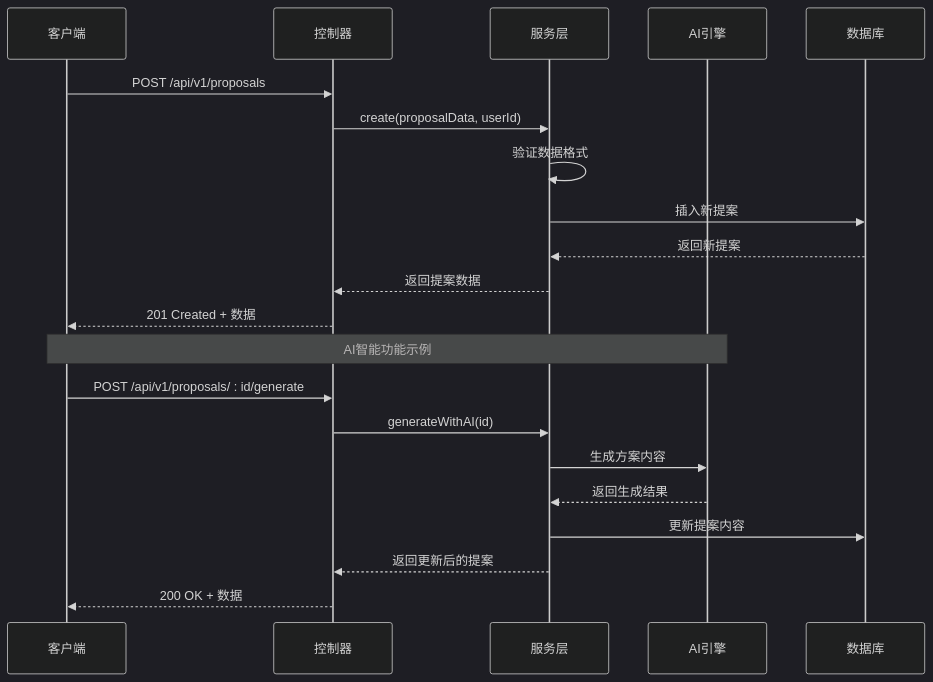
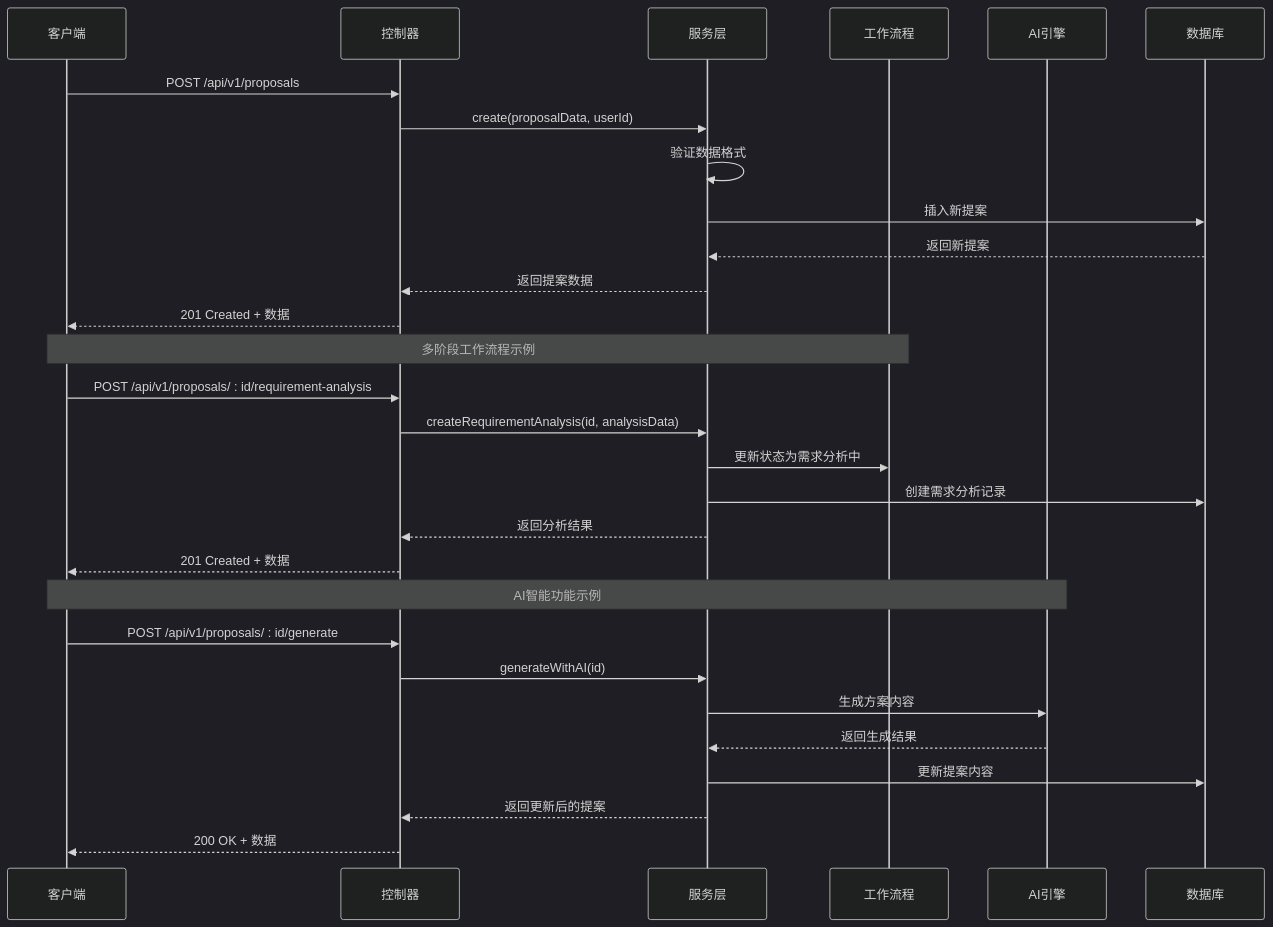
One commit to xianjianshenqu/SalesFlow-CRM changed the third of 16 diagrams in .qoder/repowiki/zh/content/Proposal Controller.md. Above: the diagram before and after it, drawn with Mermaid (dark theme). The commit also changed other lines of this file and 13 other files, not shown here.

````diff
--- a/.qoder/repowiki/zh/content/Proposal Controller.md
+++ b/.qoder/repowiki/zh/content/Proposal Controller.md
@@ -159,23 +242,31 @@
 ```mermaid
 sequenceDiagram
 participant Client as 客户端
 participant Controller as 控制器
 participant Service as 服务层
+participant Workflow as 工作流程
 participant AI as AI引擎
 participant Database as 数据库
 Client->>Controller : POST /api/v1/proposals
 Controller->>Service : create(proposalData, userId)
 Service->>Service : 验证数据格式
 Service->>Database : 插入新提案
 Database-->>Service : 返回新提案
 Service-->>Controller : 返回提案数据
+Controller-->>Client : 201 Created + 数据
+Note over Client,Workflow : 多阶段工作流程示例
+Client->>Controller : POST /api/v1/proposals/ : id/requirement-analysis
+Controller->>Service : createRequirementAnalysis(id, analysisData)
+Service->>Workflow : 更新状态为需求分析中
+Service->>Database : 创建需求分析记录
+Service-->>Controller : 返回分析结果
 Controller-->>Client : 201 Created + 数据
 Note over Client,AI : AI智能功能示例
 Client->>Controller : POST /api/v1/proposals/ : id/generate
 Controller->>Service : generateWithAI(id)
 Service->>AI : 生成方案内容
 AI-->>Service : 返回生成结果
 Service->>Database : 更新提案内容
 Service-->>Controller : 返回更新后的提案
 Controller-->>Client : 200 OK + 数据
 ```
````
